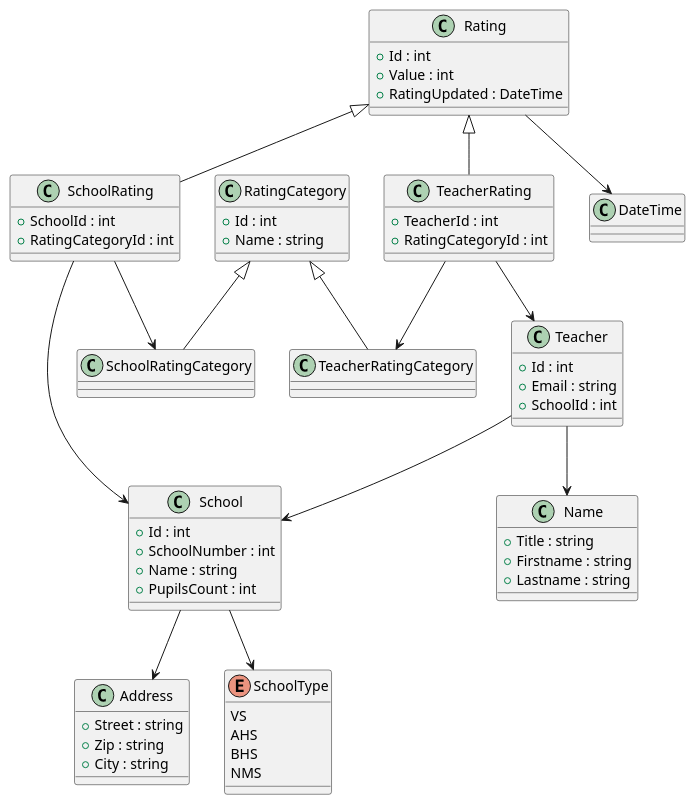
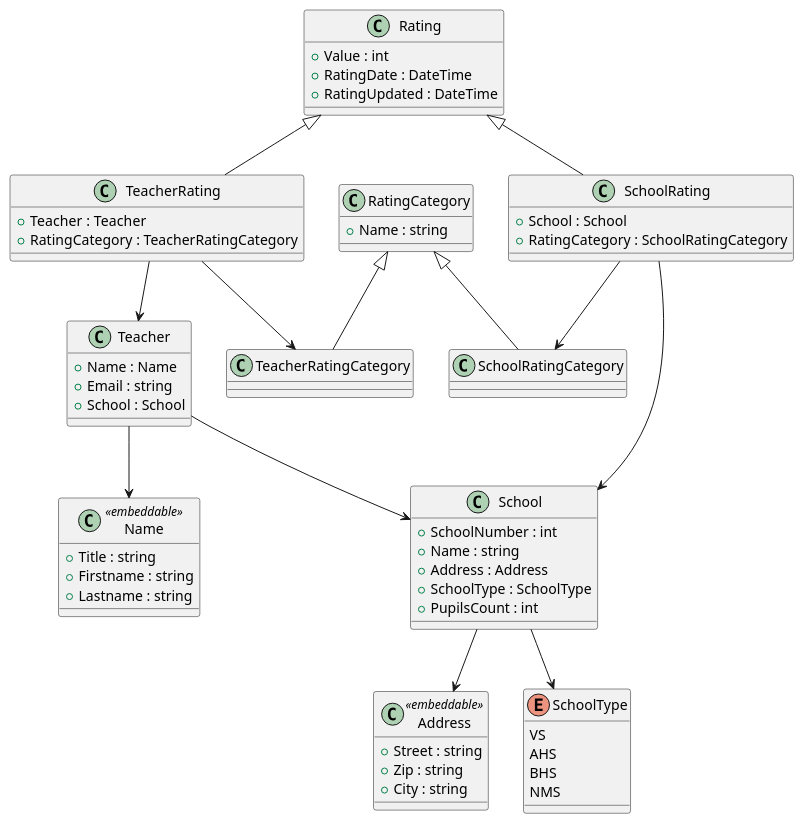
One commit to schletz/Pos5xhif changed the first of 2 diagrams in Matura/Schoolrating/_README.md. Above: the diagram before and after it, drawn with PlantUML. The commit also changed 1 other file, not shown here.

````diff
--- a/Matura/Schoolrating/_README.md
+++ b/Matura/Schoolrating/_README.md
@@ -37,68 +37,69 @@
 ```plantuml
-class Address {
+class Address <<embeddable>> {
     + Street : string
     + Zip : string
     + City : string
 }
-class Name {
+class Name  <<embeddable>> {
     + Title : string
     + Firstname : string
     + Lastname : string
 }
 class Rating {
-    + Id : int
     + Value : int
+    + RatingDate : DateTime
     + RatingUpdated : DateTime
 }
-Rating --> DateTime
 class RatingCategory {
-    + Id : int
     + Name : string
 }
 class School {
-    + Id : int
     + SchoolNumber : int
     + Name : string
+    + Address : Address
+    + SchoolType : SchoolType
     + PupilsCount : int
 }
 
 School --> Address
 School --> SchoolType
 
 class SchoolRating {
-    + SchoolId : int
-    + RatingCategoryId : int
+    + School : School
+    + RatingCategory : SchoolRatingCategory
 }
+
+
 Rating <|-- SchoolRating
 SchoolRating --> School
 SchoolRating --> SchoolRatingCategory
 
 class SchoolRatingCategory {
 }
 RatingCategory <|-- SchoolRatingCategory
 enum SchoolType {
     VS
     AHS
     BHS
     NMS
 }
 class Teacher {
-    + Id : int
+    + Name : Name
     + Email : string
-    + SchoolId : int
+    + School : School
 }
 
 Teacher --> Name
 Teacher --> School
 
 class TeacherRating {
-    + TeacherId : int
-    + RatingCategoryId : int
+    + Teacher : Teacher
+    + RatingCategory : TeacherRatingCategory
 }
 Rating <|-- TeacherRating
 TeacherRating --> Teacher
 TeacherRating -->  TeacherRatingCategory
 class TeacherRatingCategory {
 }
 RatingCategory <|-- TeacherRatingCategory
 ```
````
